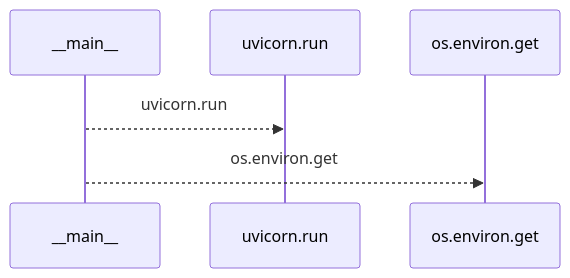
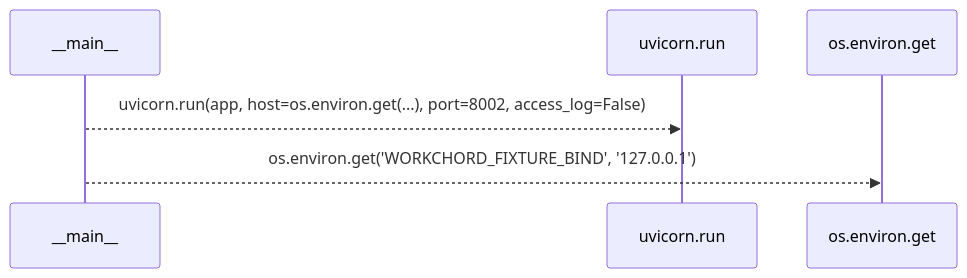
One commit to Denissvgn/WorkChord changed the first of 2 diagrams in docs/llm_wiki/flows/process-serve_disposable_oidc.md. Above: the diagram before and after it, drawn with Mermaid. The commit also changed other lines of this file and 25171 other files, not shown here.

````diff
--- a/docs/llm_wiki/flows/process-serve_disposable_oidc.md
+++ b/docs/llm_wiki/flows/process-serve_disposable_oidc.md
@@ -12,8 +14,8 @@
 ```mermaid
 sequenceDiagram
     participant p0 as __main__
     participant p1 as uvicorn.run
     participant p2 as os.environ.get
-    p0-->>p1: uvicorn.run
-    p0-->>p2: os.environ.get
+    p0-->>p1: uvicorn.run(app, host=os.environ.get(...), port=8002, access_log=False)
+    p0-->>p2: os.environ.get('WORKCHORD_FIXTURE_BIND', '127.0.0.1')
 ```
````
